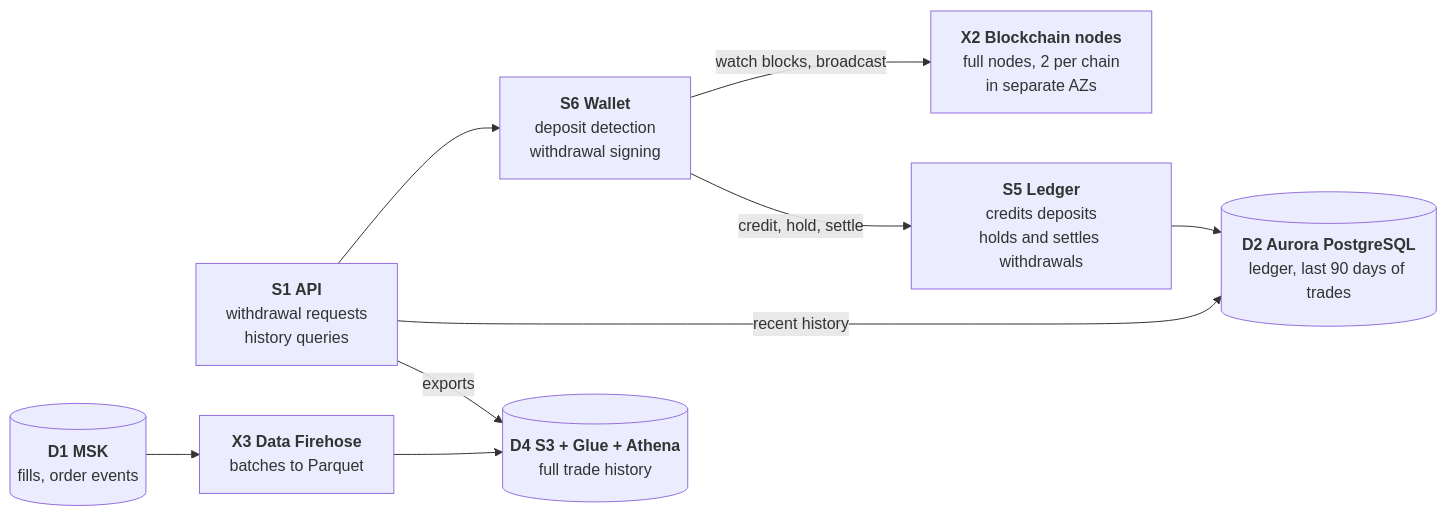
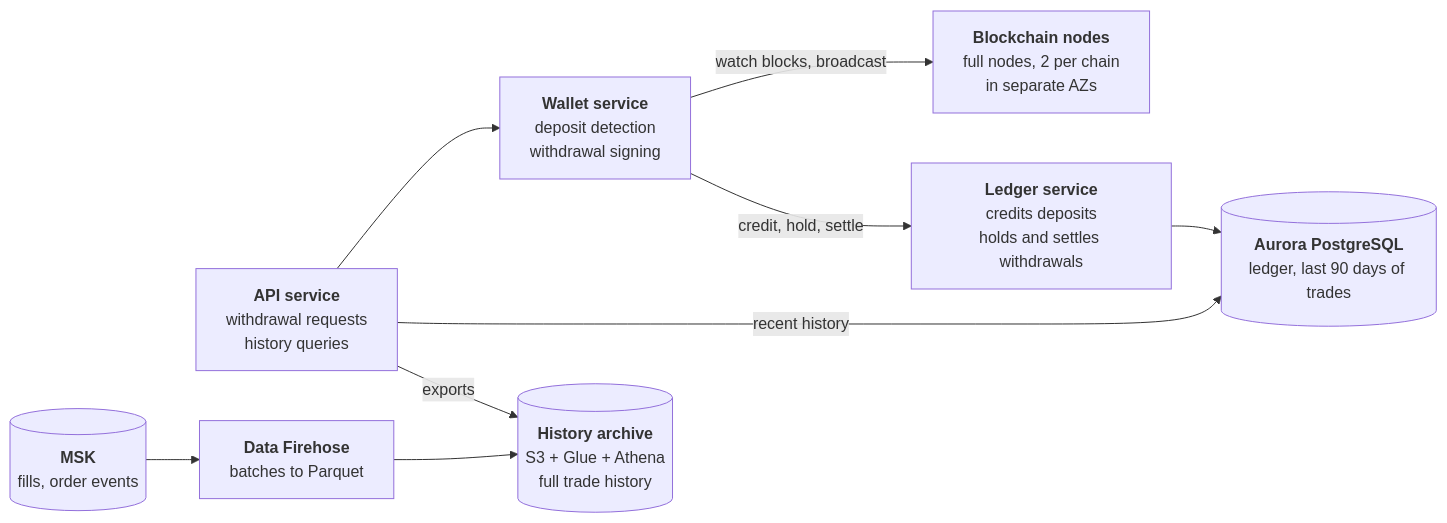
Before and after one commit to ndmquan-git/devops-challenge-ndmquan: the second of 4 diagrams in src/problem1/SOLUTION.md, drawn with Mermaid. The commit also changed other lines of this file and 4 other files, not shown here.

````diff
--- a/src/problem1/SOLUTION.md
+++ b/src/problem1/SOLUTION.md
@@ -153,31 +154,32 @@
 ```mermaid
 flowchart LR
-  S1["`**S1 API**
+  api["`**API service**
 withdrawal requests
 history queries`"]
-  S6["`**S6 Wallet**
+  wallet["`**Wallet service**
 deposit detection
 withdrawal signing`"]
-  X2["`**X2 Blockchain nodes**
+  chain["`**Blockchain nodes**
 full nodes, 2 per chain
 in separate AZs`"]
-  S5["`**S5 Ledger**
+  ledger["`**Ledger service**
 credits deposits
 holds and settles withdrawals`"]
-  D2[("`**D2 Aurora PostgreSQL**
+  aurora[("`**Aurora PostgreSQL**
 ledger, last 90 days of trades`")]
-  D1[("`**D1 MSK**
+  msk[("`**MSK**
 fills, order events`")]
-  X3["`**X3 Data Firehose**
+  firehose["`**Data Firehose**
 batches to Parquet`"]
-  D4[("`**D4 S3 + Glue + Athena**
+  archive[("`**History archive**
+S3 + Glue + Athena
 full trade history`")]
-  S1 --> S6
-  S6 -- watch blocks, broadcast --> X2
-  S6 -- credit, hold, settle --> S5
-  S5 --> D2
-  D1 --> X3
-  X3 --> D4
-  S1 -- recent history --> D2
-  S1 -- exports --> D4
+  api --> wallet
+  wallet -- watch blocks, broadcast --> chain
+  wallet -- credit, hold, settle --> ledger
+  ledger --> aurora
+  msk --> firehose
+  firehose --> archive
+  api -- recent history --> aurora
+  api -- exports --> archive
 ```
````
